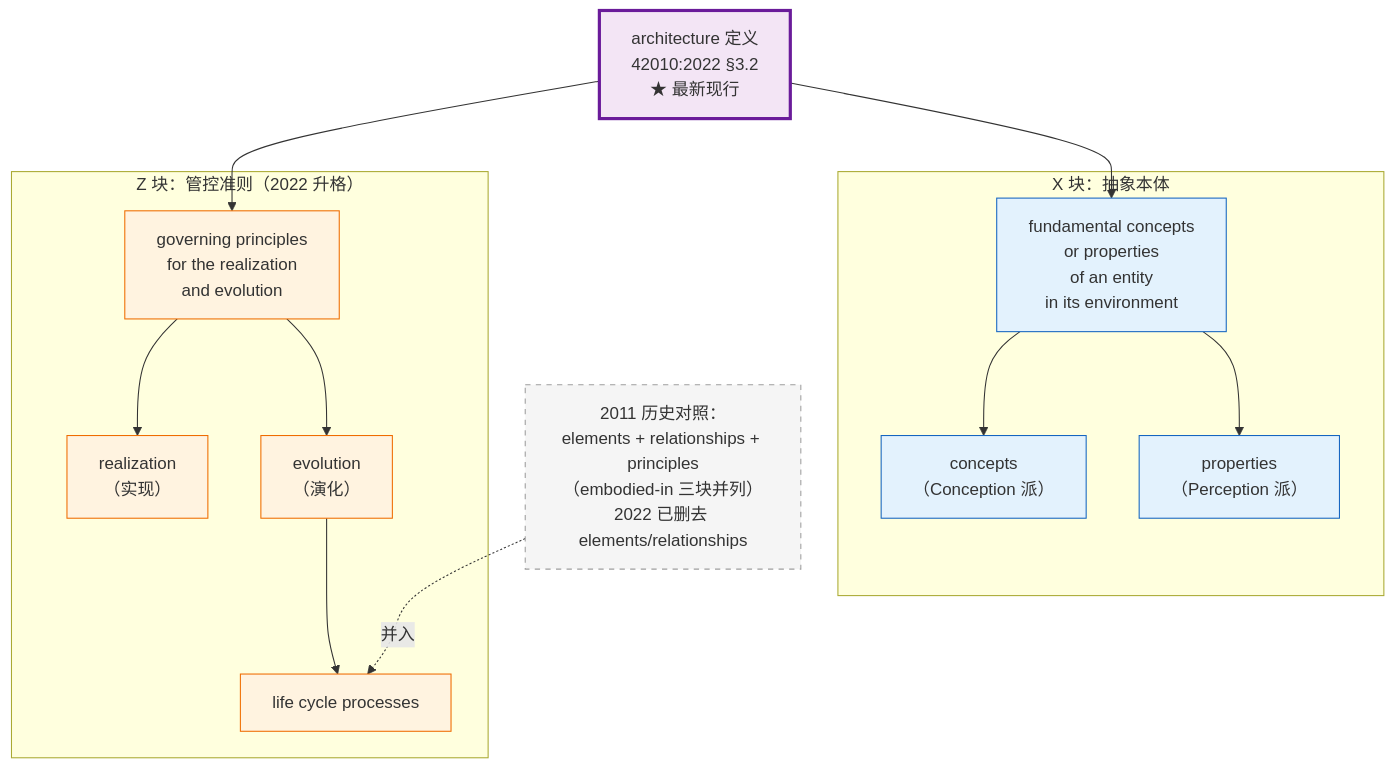
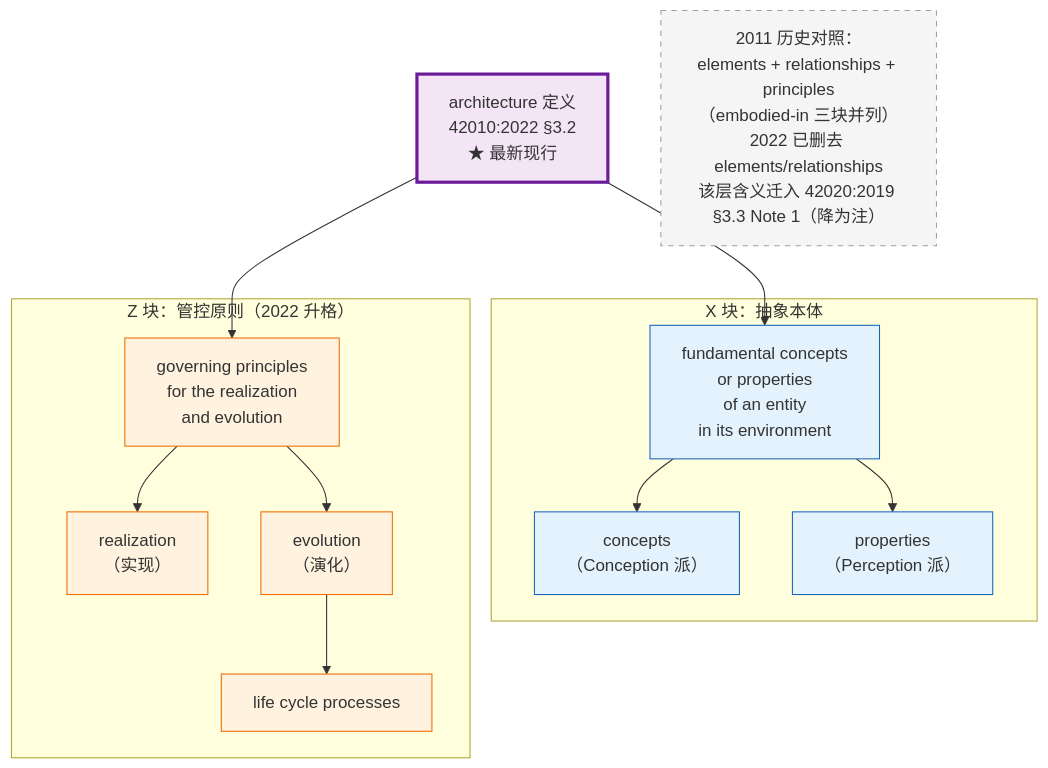
One commit to Yongjunzhou/business-Engineering changed the eighth of 17 diagrams in 10-系统工程研究/00-系统工程相关研究报告/22-架构、概念、属性研究报告—术语权威定义与对照分析.md. Above: the diagram before and after it, drawn with Mermaid. The commit also changed other lines of this file and 1 other file, not shown here.

````diff
--- a/10-系统工程研究/00-系统工程相关研究报告/22-架构、概念、属性研究报告—术语权威定义与对照分析.md
+++ b/10-系统工程研究/00-系统工程相关研究报告/22-架构、概念、属性研究报告—术语权威定义与对照分析.md
@@ -755,38 +757,37 @@
 ```mermaid
 flowchart TB
     ARCH["architecture 定义<br/>42010:2022 §3.2<br/>★ 最新现行"]
 
     subgraph "X 块：抽象本体"
         X["fundamental concepts<br/>or properties<br/>of an entity<br/>in its environment"]
         CON["concepts<br/>（Conception 派）"]
         PROP["properties<br/>（Perception 派）"]
         X --> CON
         X --> PROP
     end
 
-    subgraph "Z 块：管控准则（2022 升格）"
+    subgraph "Z 块：管控原则（2022 升格）"
         Z["governing principles<br/>for the realization<br/>and evolution"]
         REAL["realization<br/>（实现）"]
         EVO["evolution<br/>（演化）"]
         LCP["life cycle processes"]
         Z --> REAL
         Z --> EVO
         EVO --> LCP
     end
 
     %% 2011 历史对照说明
-    HIST["2011 历史对照：<br/>elements + relationships + principles<br/>（embodied-in 三块并列）<br/>2022 已删去 elements/relationships"]
-    HIST -.并入.-> LCP
+    HIST["2011 历史对照：<br/>elements + relationships + principles<br/>（embodied-in 三块并列）<br/>2022 已删去 elements/relationships<br/>该层含义迁入 42020:2019 §3.3 Note 1（降为注）"]
 
     ARCH --> X
     ARCH --> Z
 
     classDef x fill:#e3f2fd,stroke:#1565c0
     classDef z fill:#fff3e0,stroke:#ef6c00
     classDef arch fill:#f3e5f5,stroke:#6a1b9a,stroke-width:3px
     classDef hist fill:#f5f5f5,stroke:#9e9e9e,stroke-dasharray: 5 5
     class X,CON,PROP x
     class Z,REAL,EVO,LCP z
     class ARCH arch
     class HIST hist
 ```
````
